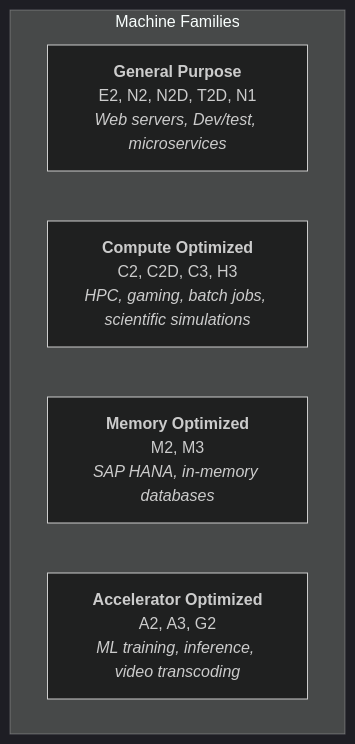
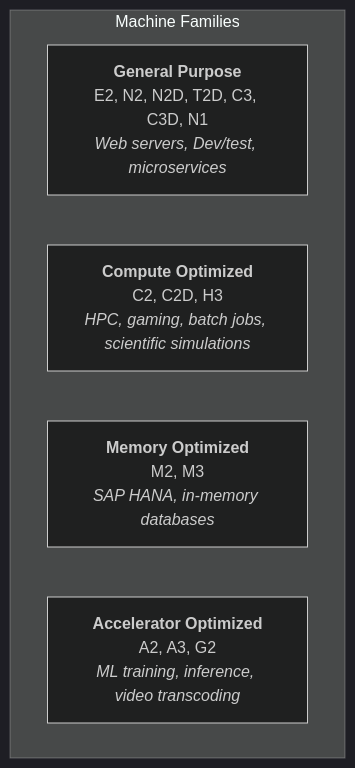
Before and after one commit to kube-dojo/kube-dojo: the first of 4 diagrams in src/content/docs/cloud/gcp-essentials/module-2.3-compute.md, drawn with Mermaid (dark theme). The commit also changed other lines of this file and 2 other files, not shown here.

Commit message:
chore(content): cloud GCP wave 6a review fixes (2.1 IAM + 2.2 VPC + 2.3 Compute)

````diff
--- a/src/content/docs/cloud/gcp-essentials/module-2.3-compute.md
+++ b/src/content/docs/cloud/gcp-essentials/module-2.3-compute.md
@@ -44,9 +44,9 @@
 ```mermaid
 flowchart TD
     subgraph "Machine Families"
-        A["<b>General Purpose</b><br/>E2, N2, N2D, T2D, N1<br/><i>Web servers, Dev/test, microservices</i>"]
-        B["<b>Compute Optimized</b><br/>C2, C2D, C3, H3<br/><i>HPC, gaming, batch jobs, scientific simulations</i>"]
+        A["<b>General Purpose</b><br/>E2, N2, N2D, T2D, C3, C3D, N1<br/><i>Web servers, Dev/test, microservices</i>"]
+        B["<b>Compute Optimized</b><br/>C2, C2D, H3<br/><i>HPC, gaming, batch jobs, scientific simulations</i>"]
         C["<b>Memory Optimized</b><br/>M2, M3<br/><i>SAP HANA, in-memory databases</i>"]
         D["<b>Accelerator Optimized</b><br/>A2, A3, G2<br/><i>ML training, inference, video transcoding</i>"]
     end
 ```
````
